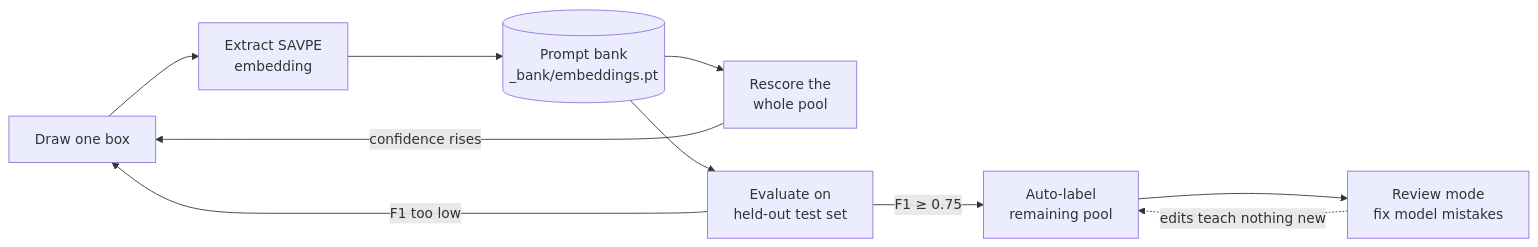
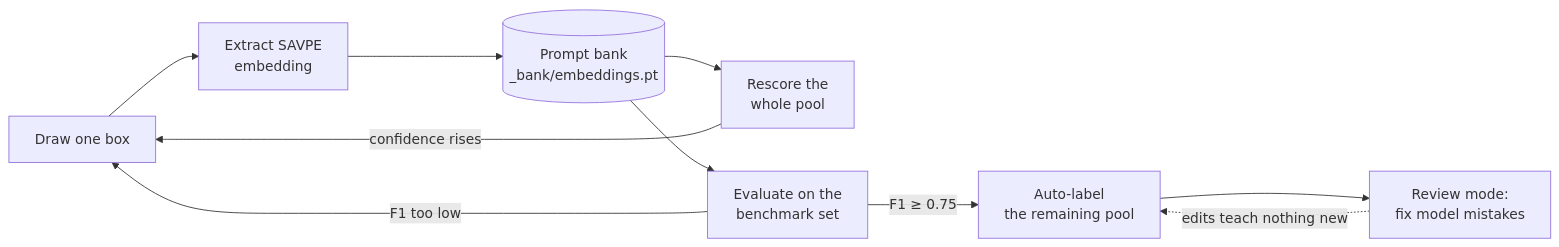
The first of 3 diagrams in README.md (P-PrPas/CT-Flow), drawn with Mermaid before and after one commit. The commit also changed other lines of this file and 1 other file, not shown here.

````diff
--- a/README.md
+++ b/README.md
@@ -50,12 +116,12 @@
 ```mermaid
 flowchart LR
-    A["Draw one box"] --> B["Extract SAVPE\nembedding"]
-    B --> C[("Prompt bank\n_bank/embeddings.pt")]
-    C --> D["Rescore the\nwhole pool"]
+    A["Draw one box"] --> B["Extract SAVPE<br/>embedding"]
+    B --> C[("Prompt bank<br/>_bank/embeddings.pt")]
+    C --> D["Rescore the<br/>whole pool"]
     D -->|confidence rises| A
-    C --> E["Evaluate on\nheld-out test set"]
-    E -->|"F1 ≥ 0.75"| F["Auto-label\nremaining pool"]
+    C --> E["Evaluate on the<br/>benchmark set"]
+    E -->|"F1 ≥ 0.75"| F["Auto-label<br/>the remaining pool"]
     E -->|"F1 too low"| A
-    F --> G["Review mode\nfix model mistakes"]
+    F --> G["Review mode:<br/>fix model mistakes"]
     G -.->|edits teach nothing new| F
 ```
````
